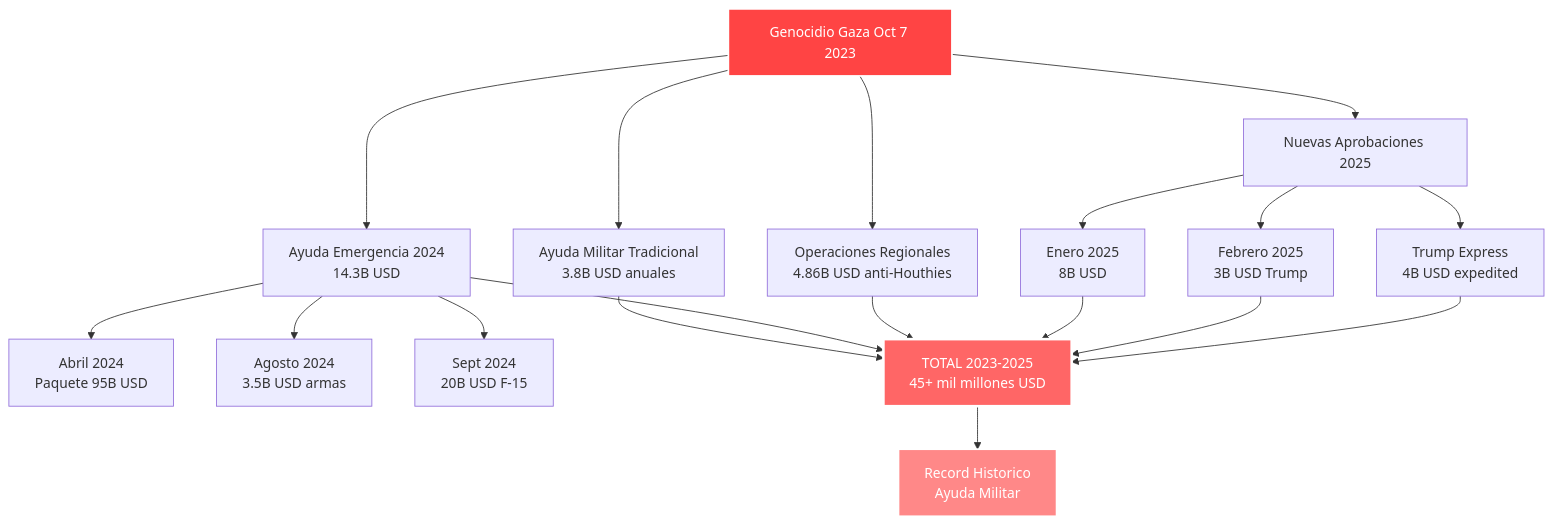
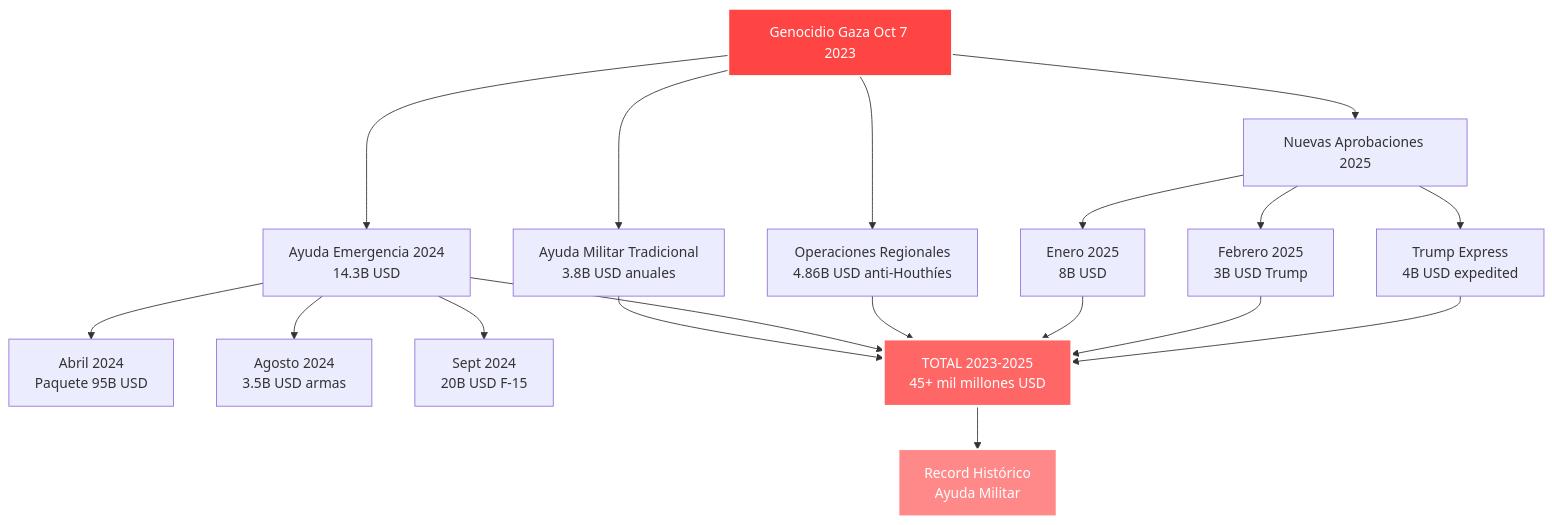
The seventh of 18 diagrams in intel/israel_geopolitical_analysis.md (perpetuocambio/annotations), drawn with Mermaid before and after one commit. The commit also changed other lines of this file, not shown here.

````diff
--- a/intel/israel_geopolitical_analysis.md
+++ b/intel/israel_geopolitical_analysis.md
@@ -204,28 +284,28 @@
 ```mermaid
 graph TD
     A[Genocidio Gaza Oct 7 2023] --> B[Ayuda Militar Tradicional<br/>3.8B USD anuales]
     A --> C[Ayuda Emergencia 2024<br/>14.3B USD]
-    A --> D[Operaciones Regionales<br/>4.86B USD anti-Houthies]
+    A --> D[Operaciones Regionales<br/>4.86B USD anti-Houthíes]
 
     C --> E[Abril 2024<br/>Paquete 95B USD]
     C --> F[Agosto 2024<br/>3.5B USD armas]
     C --> G[Sept 2024<br/>20B USD F-15]
 
     A --> H[Nuevas Aprobaciones 2025]
     H --> I[Enero 2025<br/>8B USD]
     H --> J[Febrero 2025<br/>3B USD Trump]
     H --> K[Trump Express<br/>4B USD expedited]
 
     B --> L[TOTAL 2023-2025<br/>45+ mil millones USD]
     C --> L
     D --> L
     I --> L
     J --> L
     K --> L
 
-    L --> M[Record Historico<br/>Ayuda Militar]
+    L --> M[Record Histórico<br/>Ayuda Militar]
 
     style A fill:#ff4444,stroke:#fff,stroke-width:2px,color:#fff
     style L fill:#ff6666,stroke:#fff,stroke-width:3px,color:#fff
     style M fill:#ff8888,stroke:#fff,stroke-width:2px,color:#fff
 ```
````
